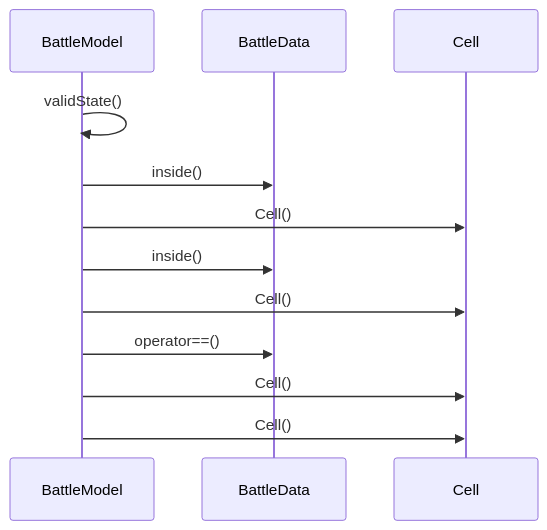
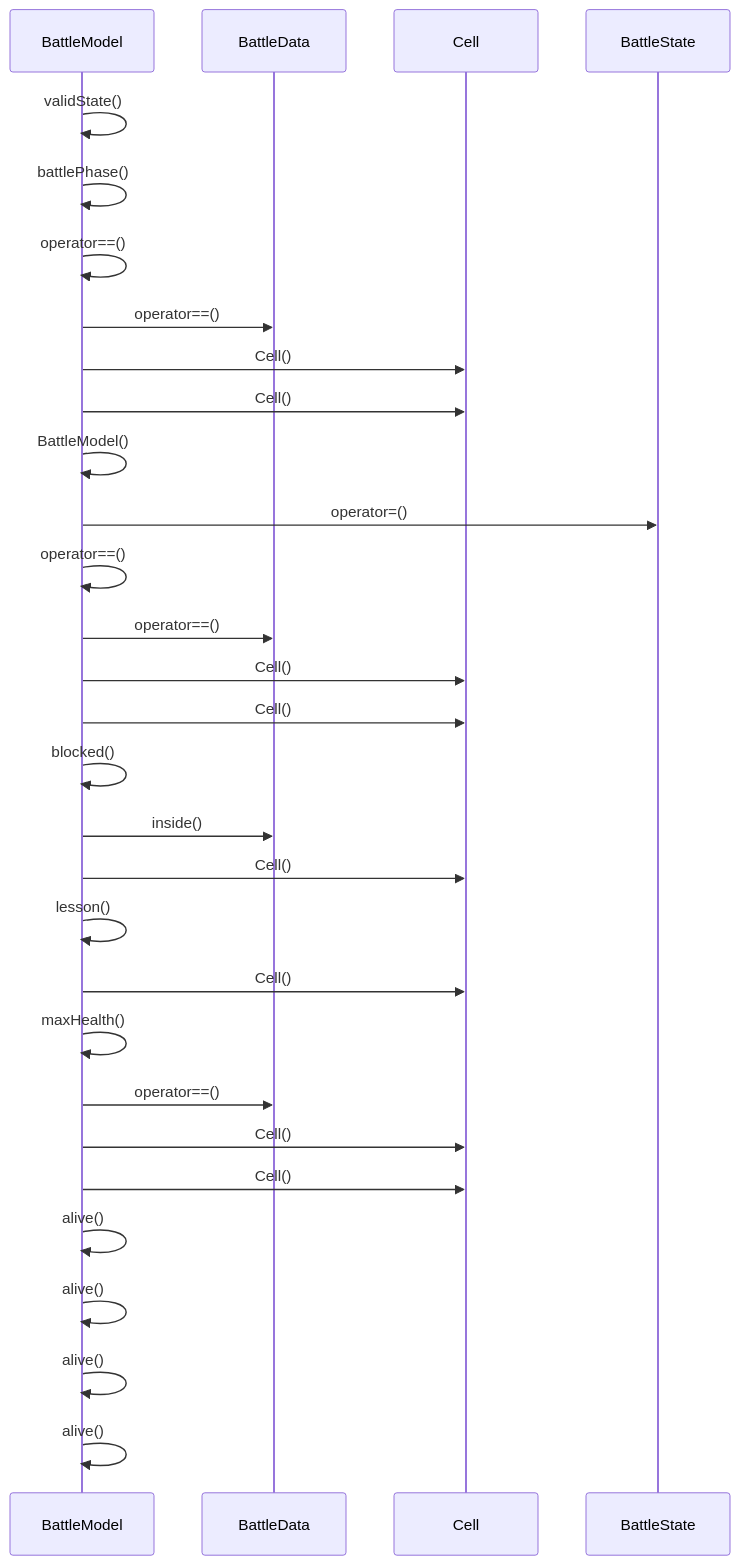
Before and after one commit to TTolsun/mini-game-heaven: the diagram in docs/sdd/diagrams/seq_save.mmd, drawn with Mermaid. The commit also changed 39 other files, not shown here.

```diff
--- a/docs/sdd/diagrams/seq_save.mmd
+++ b/docs/sdd/diagrams/seq_save.mmd
@@ -1,12 +1,30 @@
 sequenceDiagram
     participant BattleModel
     participant BattleData
     participant Cell
+    participant BattleState
     BattleModel->>BattleModel: validState()
-    BattleModel->>BattleData: inside()
-    BattleModel->>Cell: Cell()
-    BattleModel->>BattleData: inside()
-    BattleModel->>Cell: Cell()
+    BattleModel->>BattleModel: battlePhase()
+    BattleModel->>BattleModel: operator==()
     BattleModel->>BattleData: operator==()
     BattleModel->>Cell: Cell()
     BattleModel->>Cell: Cell()
+    BattleModel->>BattleModel: BattleModel()
+    BattleModel->>BattleState: operator=()
+    BattleModel->>BattleModel: operator==()
+    BattleModel->>BattleData: operator==()
+    BattleModel->>Cell: Cell()
+    BattleModel->>Cell: Cell()
+    BattleModel->>BattleModel: blocked()
+    BattleModel->>BattleData: inside()
+    BattleModel->>Cell: Cell()
+    BattleModel->>BattleModel: lesson()
+    BattleModel->>Cell: Cell()
+    BattleModel->>BattleModel: maxHealth()
+    BattleModel->>BattleData: operator==()
+    BattleModel->>Cell: Cell()
+    BattleModel->>Cell: Cell()
+    BattleModel->>BattleModel: alive()
+    BattleModel->>BattleModel: alive()
+    BattleModel->>BattleModel: alive()
+    BattleModel->>BattleModel: alive()
```
